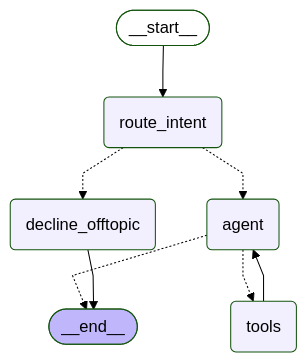
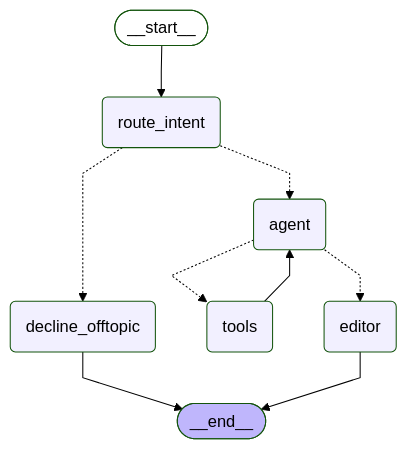
One commit to AdityaMedidala/astroagent changed the diagram in README.md. Above: the diagram before and after it, drawn with Mermaid (forest theme). The commit also changed other lines of this file and 5 other files, not shown here.

Commit message:
feat: editor agent + updated diagram & eval trade-off section

````diff
--- a/README.md
+++ b/README.md
@@ -17,24 +17,26 @@
 ```mermaid
 ---
 config:
   flowchart:
     curve: linear
 ---
 graph TD;
 	__start__([<p>__start__</p>]):::first
 	route_intent(route_intent)
 	decline_offtopic(decline_offtopic)
 	agent(agent)
 	tools(tools)
+	editor(editor)
 	__end__([<p>__end__</p>]):::last
 	__start__ --> route_intent;
-	agent -.-> __end__;
+	agent -.-> editor;
 	agent -.-> tools;
 	route_intent -.-> agent;
 	route_intent -.-> decline_offtopic;
 	tools --> agent;
 	decline_offtopic --> __end__;
+	editor --> __end__;
 	classDef default fill:#f2f0ff,line-height:1.2
 	classDef first fill-opacity:0
 	classDef last fill:#bfb6fc
 ```
````
